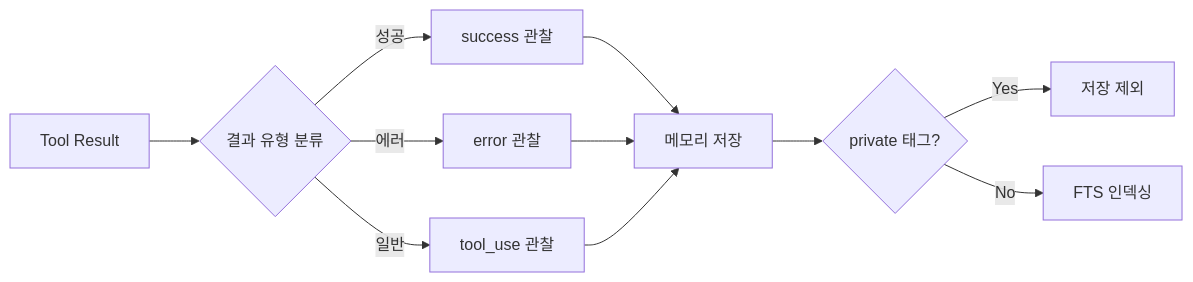
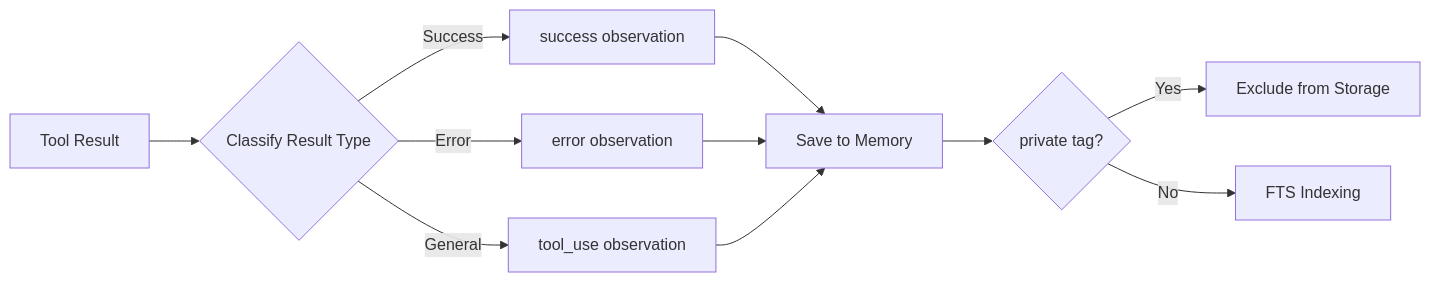
Before and after one commit to yeochul-jeon/ralph-mem: the fifth of 10 diagrams in docs/PRD.md, drawn with Mermaid. The commit also changed other lines of this file and 26 other files, not shown here.

````diff
--- a/docs/PRD.md
+++ b/docs/PRD.md
@@ -257,13 +259,13 @@
 ```mermaid
 flowchart LR
-    A[Tool Result] --> B{결과 유형 분류}
-    B -->|성공| C[success 관찰]
-    B -->|에러| D[error 관찰]
-    B -->|일반| E[tool_use 관찰]
-    C --> F[메모리 저장]
+    A[Tool Result] --> B{Classify Result Type}
+    B -->|Success| C[success observation]
+    B -->|Error| D[error observation]
+    B -->|General| E[tool_use observation]
+    C --> F[Save to Memory]
     D --> F
     E --> F
-    F --> G{private 태그?}
-    G -->|Yes| H[저장 제외]
-    G -->|No| I[FTS 인덱싱]
+    F --> G{private tag?}
+    G -->|Yes| H[Exclude from Storage]
+    G -->|No| I[FTS Indexing]
 ```
````
